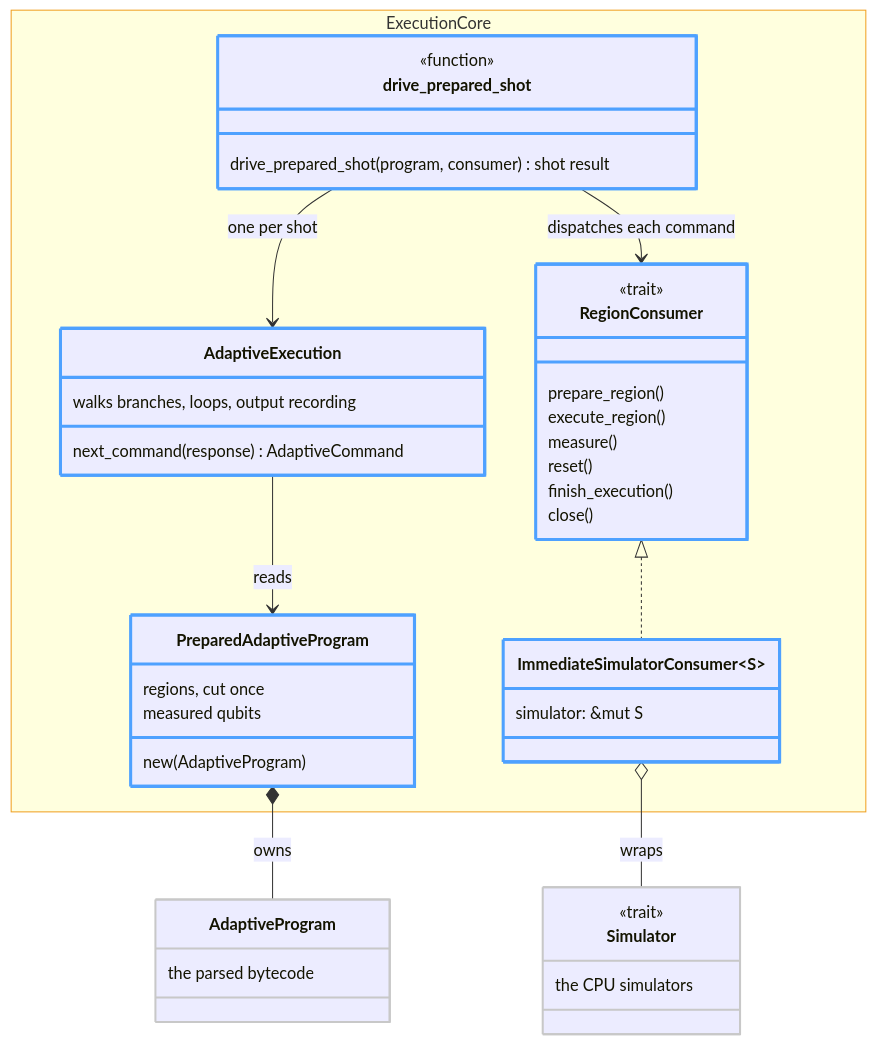
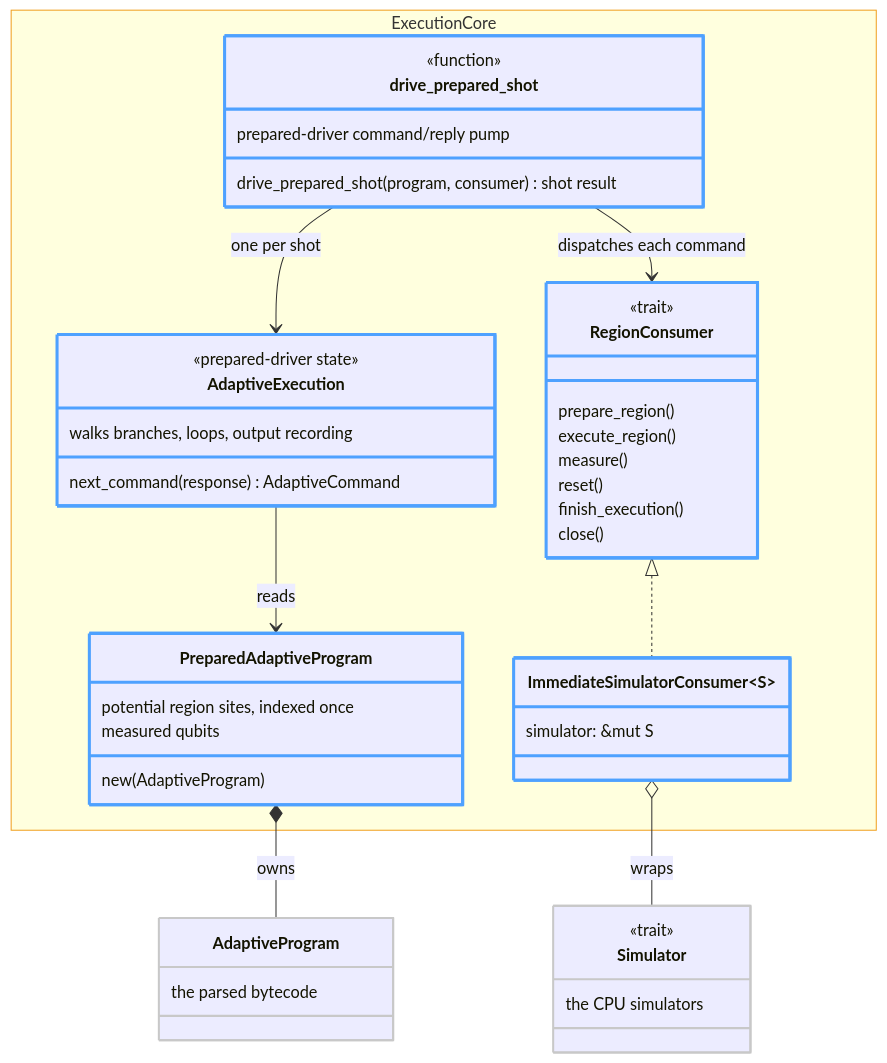
Before and after one commit to microsoft/qsharp: the second of 10 diagrams in source/TensorNetworkDesign.md, drawn with Mermaid. The commit also changed other lines of this file and 13 other files, not shown here.

````diff
--- a/source/TensorNetworkDesign.md
+++ b/source/TensorNetworkDesign.md
@@ -326,57 +377,59 @@
 ```mermaid
 ---
 config:
   themeVariables:
     clusterBorder: "#f0a020"
   themeCSS: ".cluster rect{stroke:#f0a020!important;stroke-width:2px}"
 ---
 classDiagram
 direction TB
 namespace ExecutionCore {
   class PreparedAdaptiveProgram {
-    regions, cut once
+    potential region sites, indexed once
     measured qubits
     new(AdaptiveProgram)
   }
   class drive_prepared_shot {
     <<function>>
+    prepared-driver command/reply pump
     drive_prepared_shot(program, consumer) shot result
   }
   class AdaptiveExecution {
+    <<prepared-driver state>>
     walks branches, loops, output recording
     next_command(response) AdaptiveCommand
   }
   class RegionConsumer {
     <<trait>>
     prepare_region()
     execute_region()
     measure()
     reset()
     finish_execution()
     close()
   }
   class ImmediateSimulatorConsumer~S~ {
     simulator: &mut S
   }
 }
 class AdaptiveProgram {
   the parsed bytecode
 }
 class Simulator {
   <<trait>>
   the CPU simulators
 }
 PreparedAdaptiveProgram *-- AdaptiveProgram : owns
 drive_prepared_shot --> AdaptiveExecution : one per shot
 AdaptiveExecution --> PreparedAdaptiveProgram : reads
 drive_prepared_shot --> RegionConsumer : dispatches each command
 RegionConsumer <|.. ImmediateSimulatorConsumer
 ImmediateSimulatorConsumer o-- Simulator : wraps
 style PreparedAdaptiveProgram stroke:#4ea1ff,stroke-width:3px
 style drive_prepared_shot stroke:#4ea1ff,stroke-width:3px
 style AdaptiveExecution stroke:#4ea1ff,stroke-width:3px
 style RegionConsumer stroke:#4ea1ff,stroke-width:3px
 style ImmediateSimulatorConsumer stroke:#4ea1ff,stroke-width:3px
 style AdaptiveProgram stroke:#c8c8c8,stroke-width:2px
 style Simulator stroke:#c8c8c8,stroke-width:2px
 ```
````
